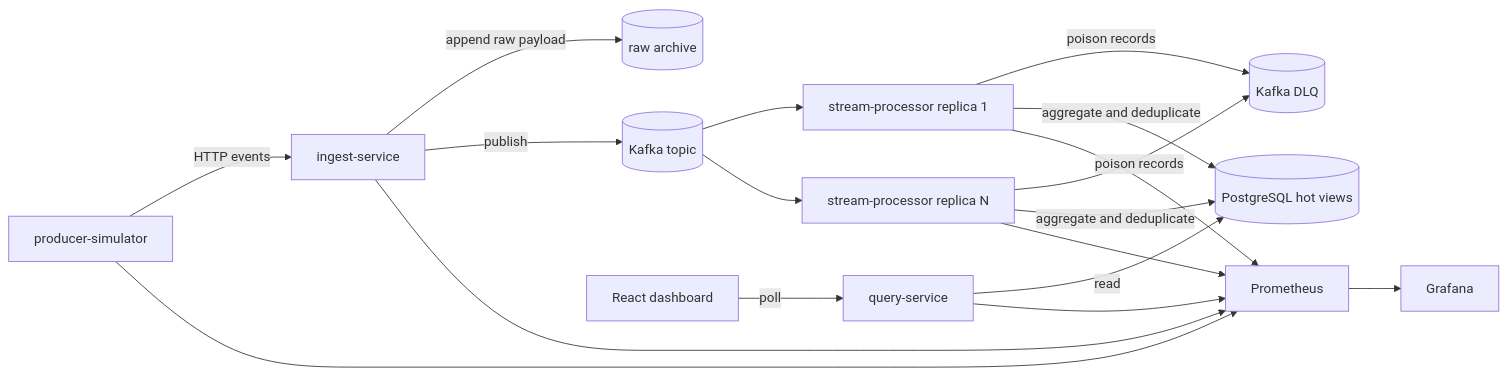
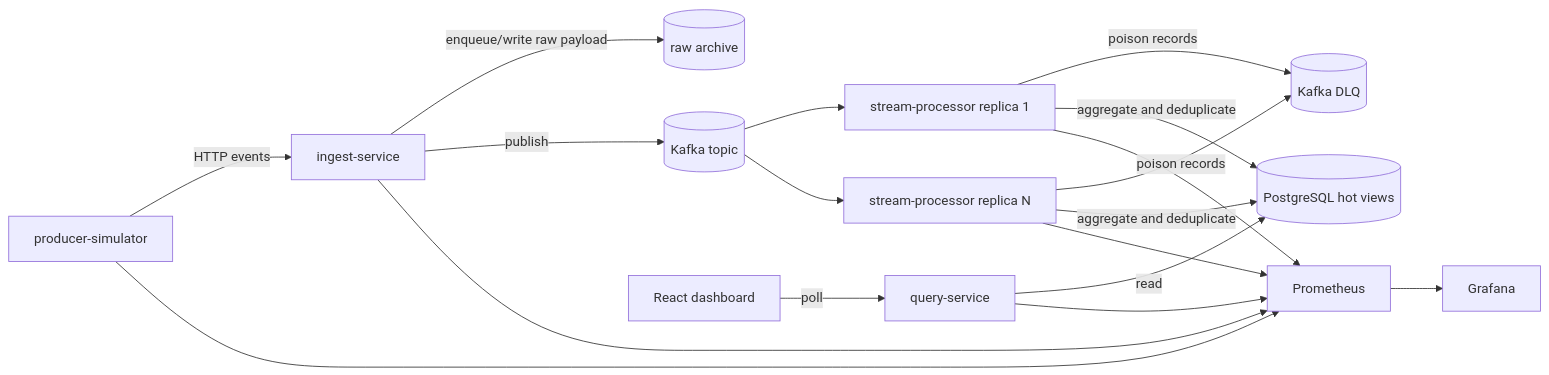
Before and after one commit to ErenAri/real-time-event-processing-fabric: the diagram in README.md, drawn with Mermaid. The commit also changed other lines of this file and 14 other files, not shown here.

````diff
--- a/README.md
+++ b/README.md
@@ -20,33 +20,33 @@
 ```mermaid
 flowchart LR
     PS[producer-simulator]
     IS[ingest-service]
     RA[(raw archive)]
     K[(Kafka topic)]
     DLQ[(Kafka DLQ)]
     SP1[stream-processor replica 1]
     SPN[stream-processor replica N]
     DB[(PostgreSQL hot views)]
     QS[query-service]
     UI[React dashboard]
     PM[Prometheus]
     GF[Grafana]
 
     PS -->|HTTP events| IS
-    IS -->|append raw payload| RA
+    IS -->|enqueue/write raw payload| RA
     IS -->|publish| K
     K --> SP1
     K --> SPN
     SP1 -->|poison records| DLQ
     SPN -->|poison records| DLQ
     SP1 -->|aggregate and deduplicate| DB
     SPN -->|aggregate and deduplicate| DB
     QS -->|read| DB
     UI -->|poll| QS
     IS --> PM
     SP1 --> PM
     SPN --> PM
     QS --> PM
     PS --> PM
     PM --> GF
 ```
````
